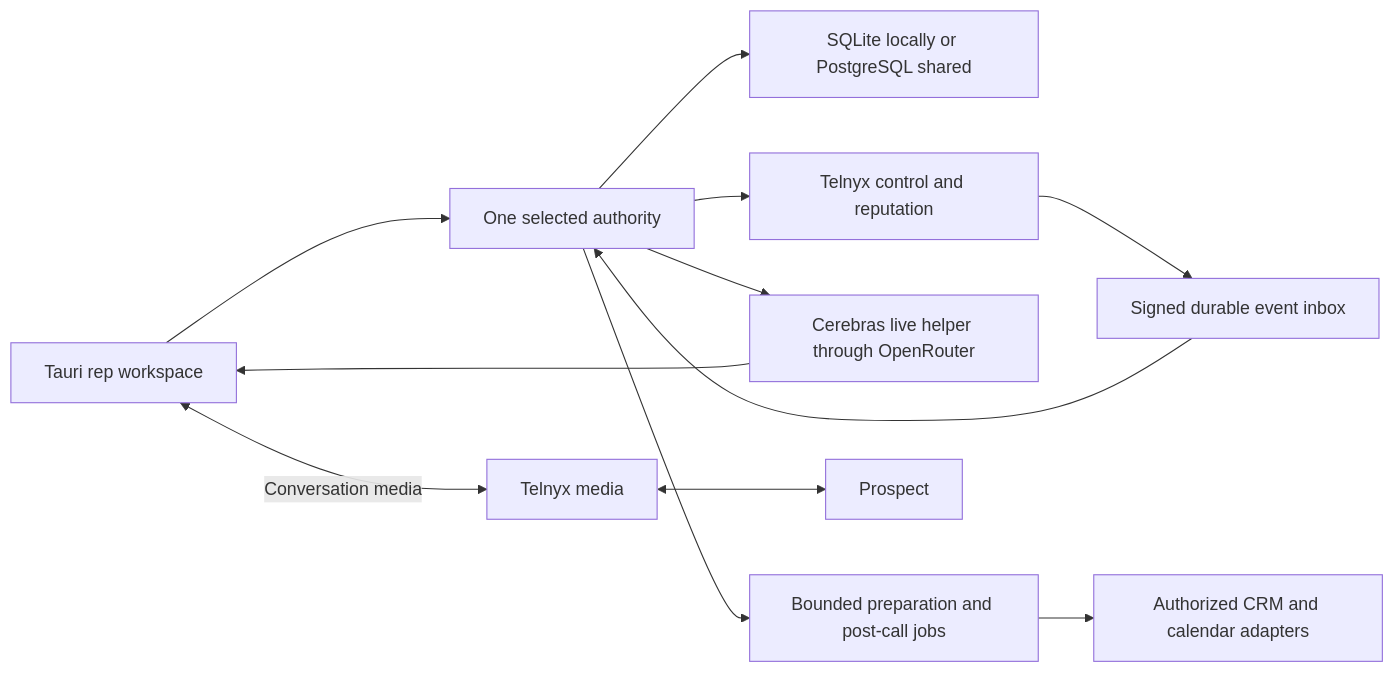
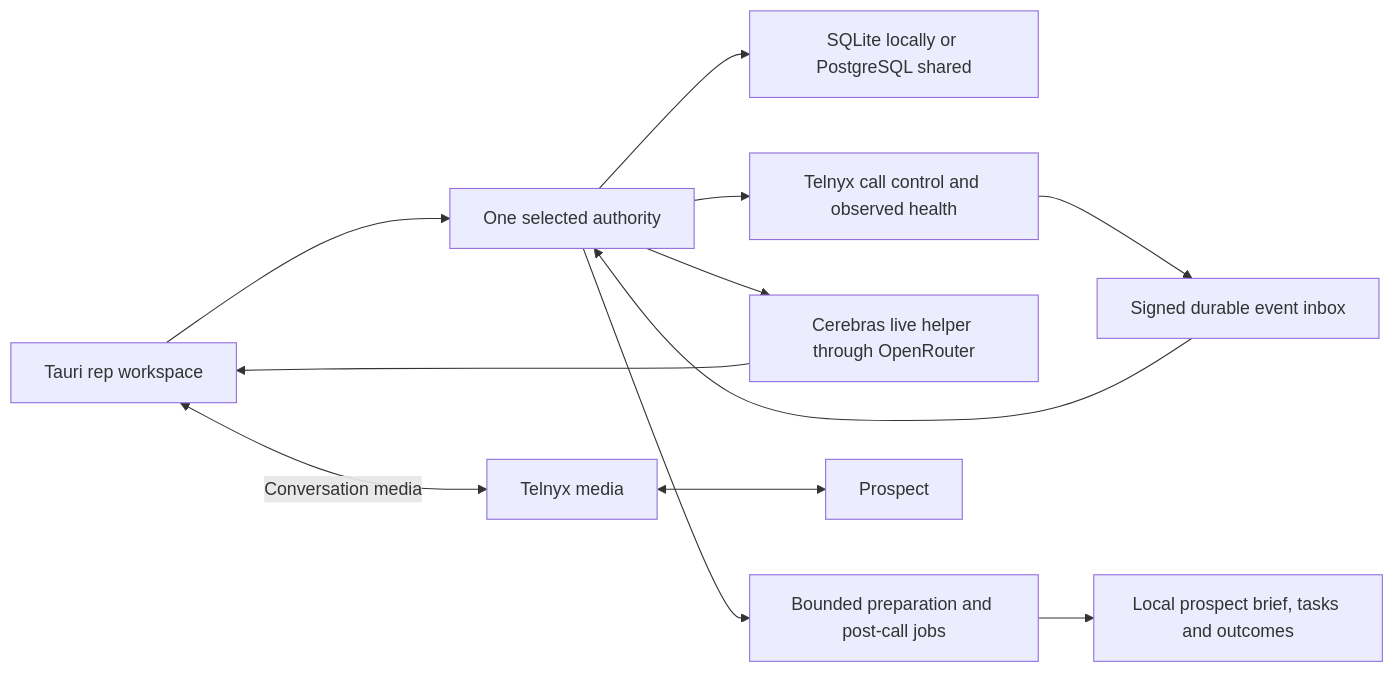
One commit to TanushV/OpenDialer changed the diagram in docs/REMEDIATION_PLAN.md. Above: the diagram before and after it, drawn with Mermaid. The commit also changed other lines of this file and 4 other files, not shown here.

````diff
--- a/docs/REMEDIATION_PLAN.md
+++ b/docs/REMEDIATION_PLAN.md
@@ -87,14 +102,14 @@
 ```mermaid
 flowchart LR
   UI[Tauri rep workspace] --> A[One selected authority]
   A --> DB[SQLite locally or PostgreSQL shared]
-  A --> T[Telnyx control and reputation]
+  A --> T[Telnyx call control and observed health]
   T --> I[Signed durable event inbox]
   I --> A
   A --> C[Cerebras live helper through OpenRouter]
   C --> UI
   A --> J[Bounded preparation and post-call jobs]
-  J --> X[Authorized CRM and calendar adapters]
+  J --> X[Local prospect brief, tasks and outcomes]
   UI <-->|Conversation media| M[Telnyx media]
   M <--> P[Prospect]
 ```
````
